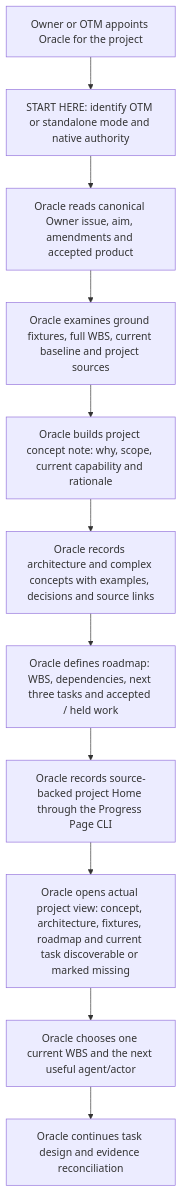
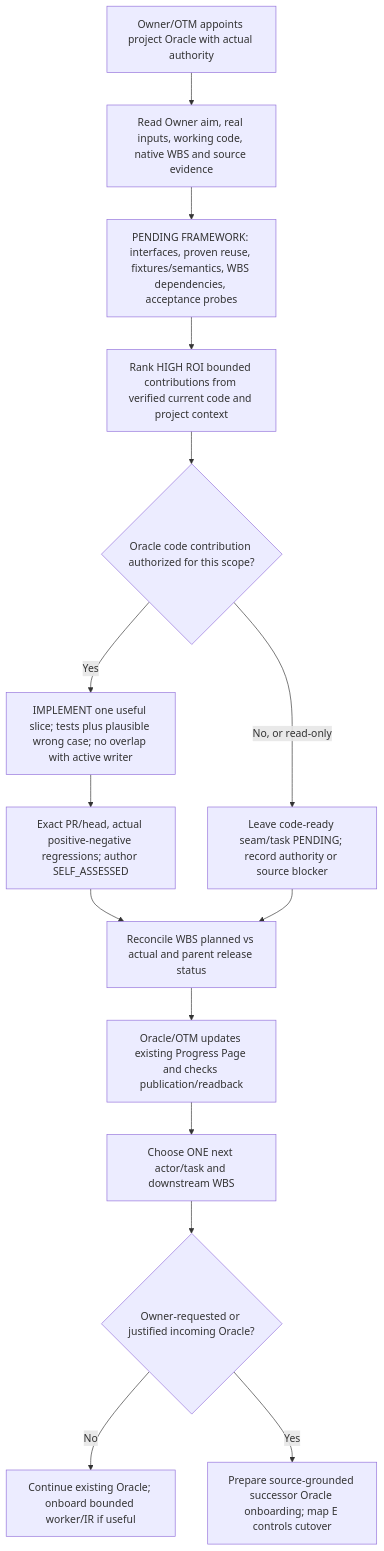
The first of 5 diagrams in skills/agent-work/ENTRY_PROCESS_MAPS.md (reallakshman19/Common), drawn with Mermaid before and after one commit. The commit also changed other lines of this file, not shown here.

Commit message:
docs(agent-work): map framework-first Oracle contribution and handover closeout

````diff
--- a/skills/agent-work/ENTRY_PROCESS_MAPS.md
+++ b/skills/agent-work/ENTRY_PROCESS_MAPS.md
@@ -36,13 +36,17 @@
 ```mermaid
 flowchart TD
-  A0["Owner or OTM appoints Oracle for the project"] --> A1["START HERE: identify OTM or standalone mode and native authority"]
-  A1 --> A2["Oracle reads canonical Owner issue, aim, amendments and accepted product"]
-  A2 --> A3["Oracle examines ground fixtures, full WBS, current baseline and project sources"]
-  A3 --> A4["Oracle builds project concept note: why, scope, current capability and rationale"]
-  A4 --> A5["Oracle records architecture and complex concepts with examples, decisions and source links"]
-  A5 --> A6["Oracle defines roadmap: WBS, dependencies, next three tasks and accepted / held work"]
-  A6 --> A7["Oracle records source-backed project Home through the Progress Page CLI"]
-  A7 --> AV["Oracle opens actual project view: concept, architecture, fixtures, roadmap and current task discoverable or marked missing"]
-  AV --> A8["Oracle chooses one current WBS and the next useful agent/actor"]
-  A8 --> A9["Oracle continues task design and evidence reconciliation"]
+ A0["Owner/OTM appoints project Oracle with actual authority"] --> A1["Read Owner aim, real inputs, working code, native WBS and source evidence"]
+ A1 --> A2["PENDING FRAMEWORK: interfaces, proven reuse, fixtures/semantics, WBS dependencies, acceptance probes"]
+ A2 --> A3["Rank HIGH ROI bounded contributions from verified current code and project context"]
+ A3 --> A4{"Oracle code contribution authorized for this scope?"}
+ A4 -->|Yes| A5["IMPLEMENT one useful slice; tests plus plausible wrong case; no overlap with active writer"]
+ A4 -->|No, or read-only| A6["Leave code-ready seam/task PENDING; record authority or source blocker"]
+ A5 --> A7["Exact PR/head, actual positive-negative regressions; author SELF_ASSESSED"]
+ A7 --> A8["Reconcile WBS planned vs actual and parent release status"]
+ A6 --> A8
+ A8 --> A9["Oracle/OTM updates existing Progress Page and checks publication/readback"]
+ A9 --> A10["Choose ONE next actor/task and downstream WBS"]
+ A10 --> A11{"Owner-requested or justified incoming Oracle?"}
+ A11 -->|No| A12["Continue existing Oracle; onboard bounded worker/IR if useful"]
+ A11 -->|Yes| A13["Prepare source-grounded successor Oracle onboarding; map E controls cutover"]
 ```
````
